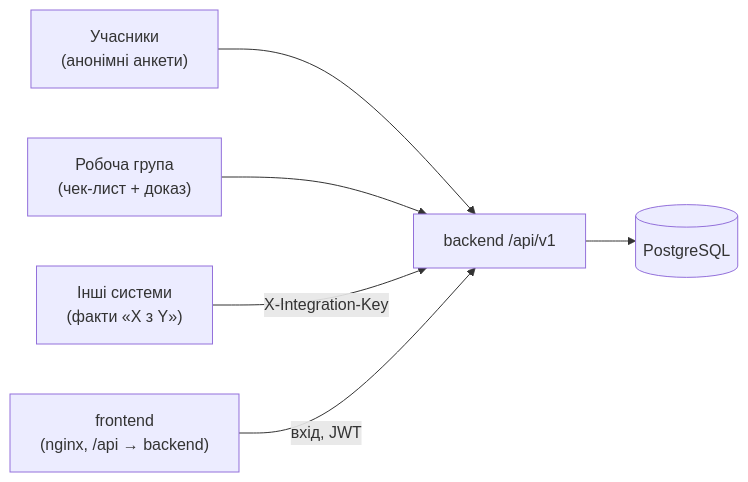
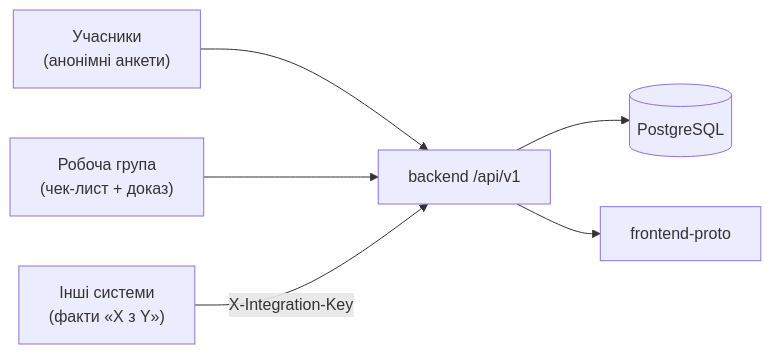
The diagram in README.md (caaaaanek/hack-4-bitec-draft), drawn with Mermaid before and after one commit. The commit also changed other lines of this file and 22 other files, not shown here.

Commit message:
Connect frontend-proto to backend, add /api/assistant

````diff
--- a/README.md
+++ b/README.md
@@ -40,8 +41,8 @@
 ```mermaid
 flowchart LR
   R["Учасники<br/>(анонімні анкети)"] --> API
   WG["Робоча група<br/>(чек-лист + доказ)"] --> API
   EXT["Інші системи<br/>(факти «X з Y»)"] -->|X-Integration-Key| API
   API["backend /api/v1"] --> DB[(PostgreSQL)]
-  UI["frontend<br/>(nginx, /api → backend)"] -->|вхід, JWT| API
+  API --> UI["frontend-proto"]
 ```
````
